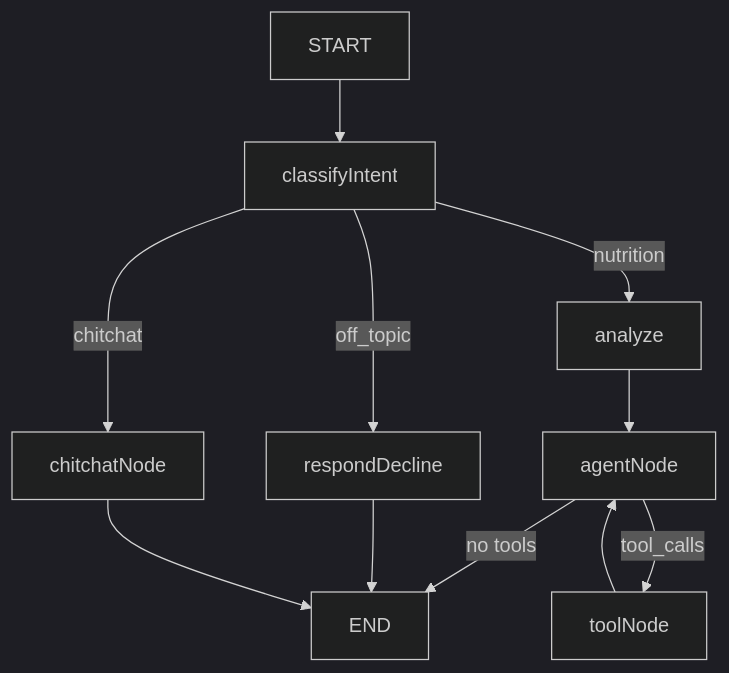
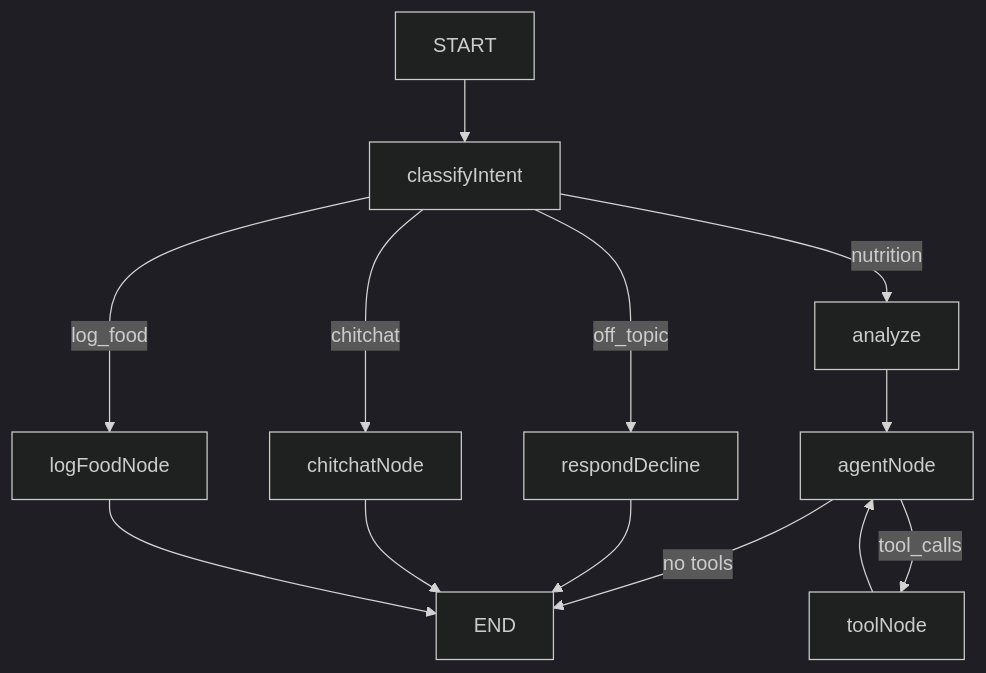
Before and after one commit to rjacaac211/nutriguide-ai: the diagram in ai-agent-ts/README.md, drawn with Mermaid (dark theme). The commit also changed other lines of this file and 2 other files, not shown here.

First line of the commit message:
docs: update ai-agent, README, and FOOD_LOGGING_TEST for food log interrupts

````diff
--- a/ai-agent-ts/README.md
+++ b/ai-agent-ts/README.md
@@ -7,13 +7,15 @@
 ```mermaid
 flowchart TD
     START --> classifyIntent
     classifyIntent -->|off_topic| respondDecline
     classifyIntent -->|chitchat| chitchatNode
+    classifyIntent -->|log_food| logFoodNode
     classifyIntent -->|nutrition| analyze
     analyze --> agentNode
     agentNode -->|tool_calls| toolNode
     toolNode --> agentNode
     agentNode -->|no tools| END
     respondDecline --> END
     chitchatNode --> END
+    logFoodNode --> END
 ```
````
